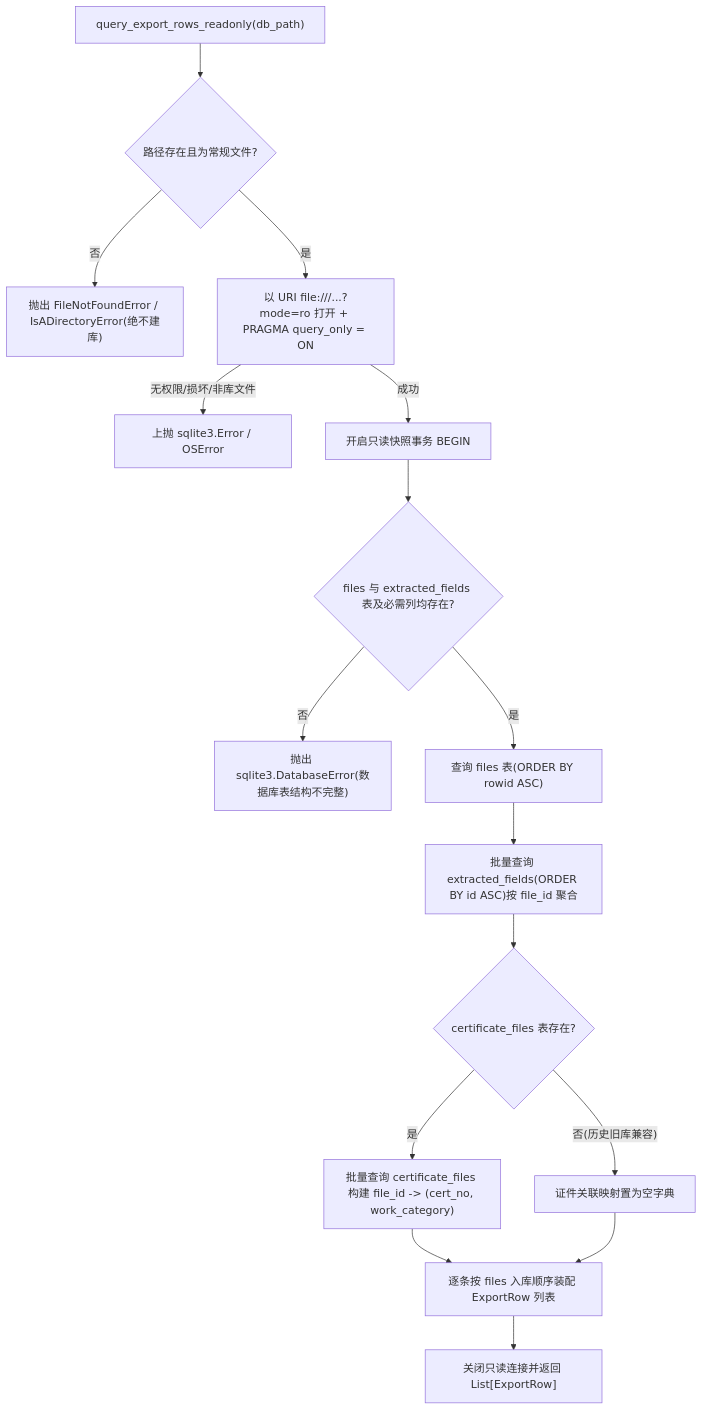
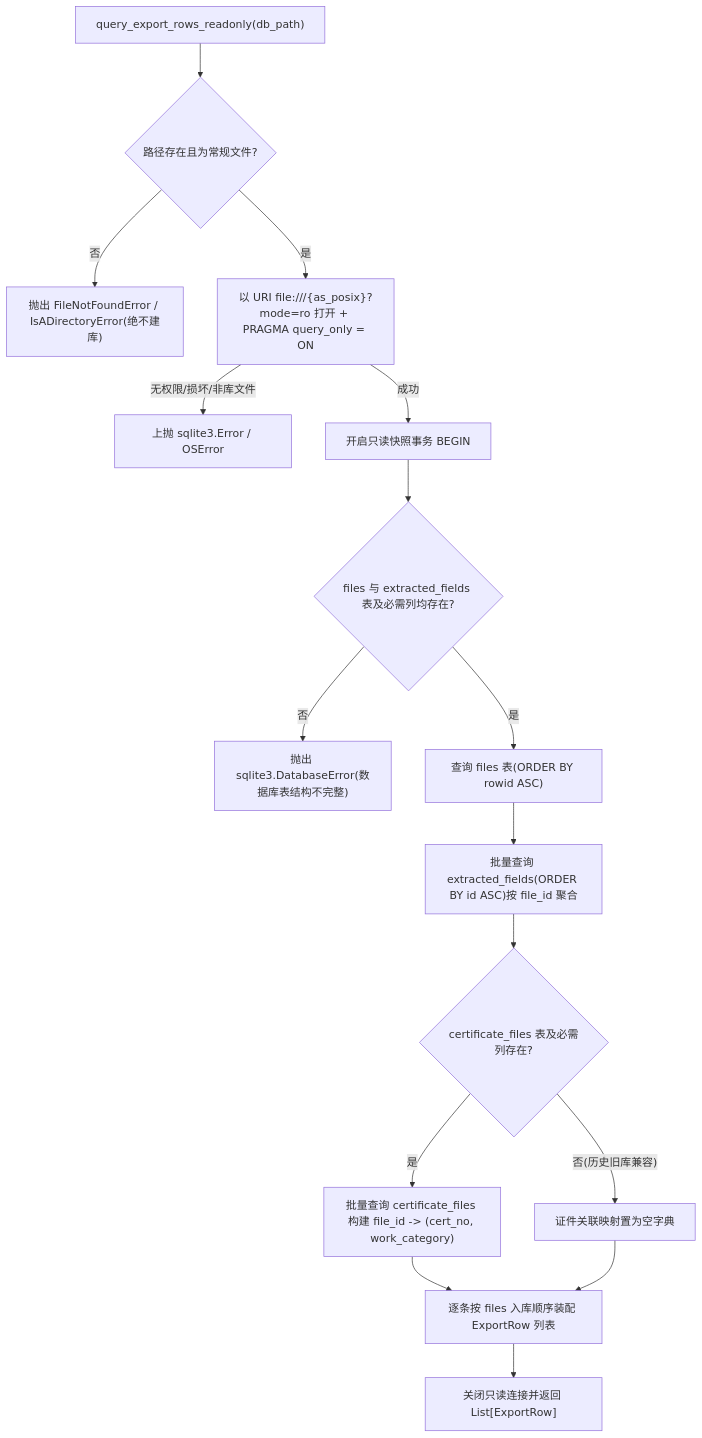
One commit to fukyor/ocr changed diagram 12 of 14 in moduleDesign/moduledesign1.md. Above: the diagram before and after it, drawn with Mermaid. The commit also changed other lines of this file and 2 other files, not shown here.

````diff
--- a/moduleDesign/moduledesign1.md
+++ b/moduleDesign/moduledesign1.md
@@ -815,18 +833,18 @@
 ```mermaid
 flowchart TD
     Entry["query_export_rows_readonly(db_path)"] --> Exists{"路径存在且为常规文件?"}
     Exists -- "否" --> ErrPath["抛出 FileNotFoundError / IsADirectoryError(绝不建库)"]
-    Exists -- "是" --> OpenRO["以 URI file:///...?mode=ro 打开 + PRAGMA query_only = ON"]
+    Exists -- "是" --> OpenRO["以 URI file:///{as_posix}?mode=ro 打开 + PRAGMA query_only = ON"]
     OpenRO -- "无权限/损坏/非库文件" --> ErrSQL["上抛 sqlite3.Error / OSError"]
     OpenRO -- "成功" --> BeginRead["开启只读快照事务 BEGIN"]
     BeginRead --> CheckSchema{"files 与 extracted_fields 表及必需列均存在?"}
     CheckSchema -- "否" --> ErrSchema["抛出 sqlite3.DatabaseError(数据库表结构不完整)"]
     CheckSchema -- "是" --> QueryFiles["查询 files 表(ORDER BY rowid ASC)"]
     QueryFiles --> QueryFields["批量查询 extracted_fields(ORDER BY id ASC)按 file_id 聚合"]
-    QueryFields --> HasCert{"certificate_files 表存在?"}
+    QueryFields --> HasCert{"certificate_files 表及必需列存在?"}
     HasCert -- "是" --> QueryCert["批量查询 certificate_files 构建 file_id -> (cert_no, work_category)"]
     HasCert -- "否(历史旧库兼容)" --> EmptyCert["证件关联映射置为空字典"]
     QueryCert --> Assemble["逐条按 files 入库顺序装配 ExportRow 列表"]
     EmptyCert --> Assemble
     Assemble --> CloseConn["关闭只读连接并返回 List[ExportRow]"]
 ```
````
